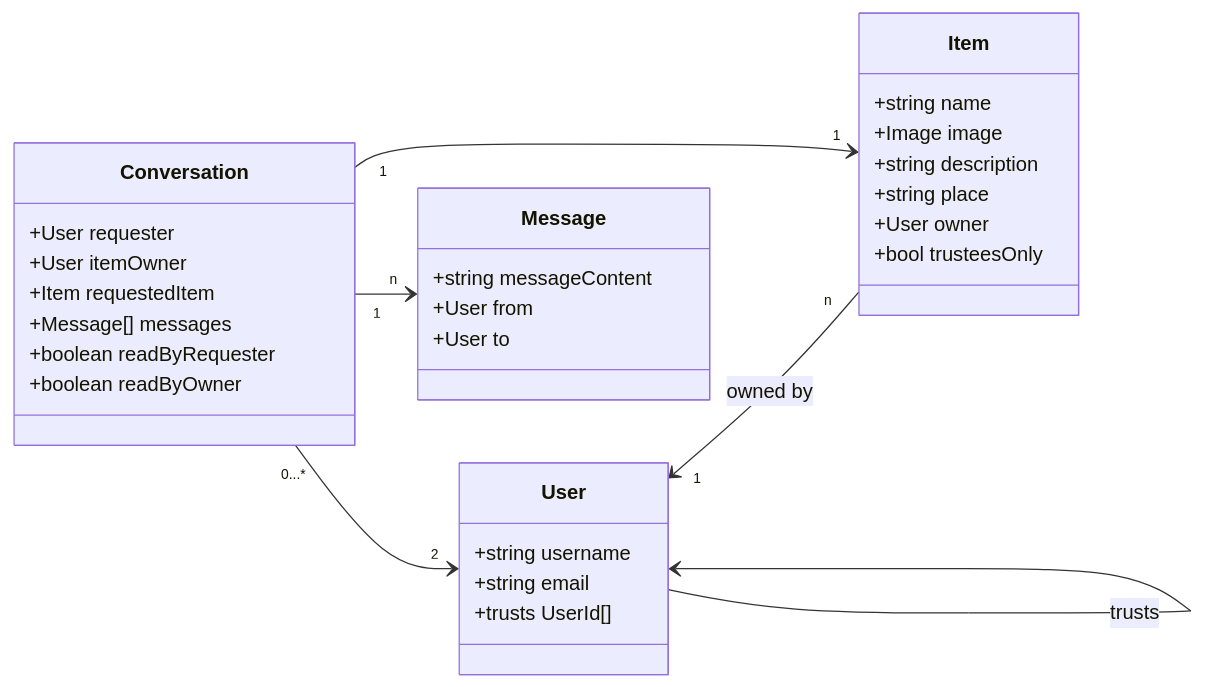
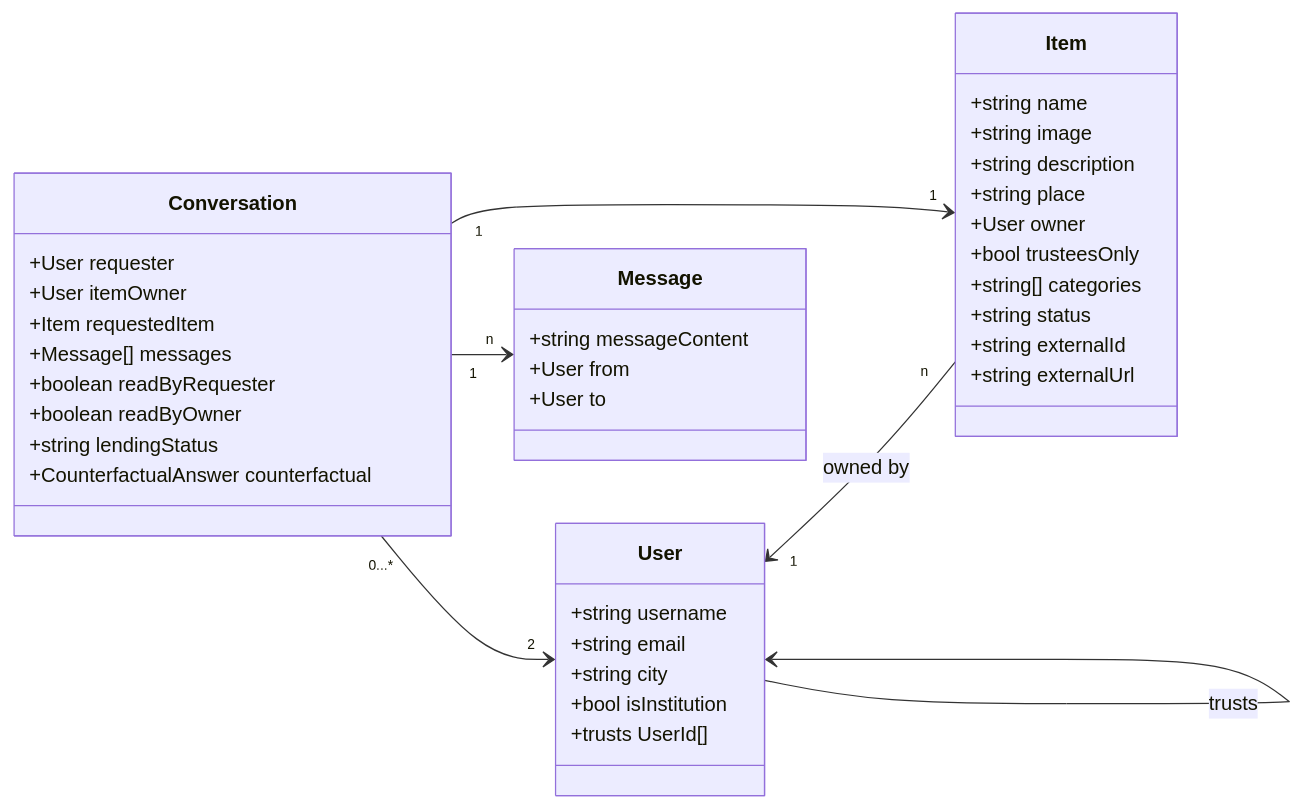
Before and after one commit to share-open-sharing-infrastructure/share-mvp: the first of 2 diagrams in docs/domain-model.md, drawn with Mermaid. The commit also changed other lines of this file and 5 other files, not shown here.

````diff
--- a/docs/domain-model.md
+++ b/docs/domain-model.md
@@ -9,40 +9,48 @@
 ```mermaid
 
 classDiagram
     direction LR
 
     class User{
         +string username
         +string email
+        +string city
+        +bool isInstitution
         +trusts UserId[]
     }
     User --> User : trusts
 
     class Item{
         +string name
-        +Image image
+        +string image
         +string description
         +string place
-        +User owner <!-- this is currently misnamed, have to adapt in DB and then in code -->
+        +User owner
         +bool trusteesOnly
+        +string[] categories
+        +string status
+        +string externalId
+        +string externalUrl
     }
     User "1" <-- "n" Item : owned by
 
     class Message{
         +string messageContent
         +User from
         +User to
     }
 
     class Conversation{
         +User requester
         +User itemOwner
         +Item requestedItem
         +Message[] messages
         +boolean readByRequester
         +boolean readByOwner
+        +string lendingStatus
+        +CounterfactualAnswer counterfactual
     }
     Conversation "1" --> "n" Message
     Conversation "0...*" --> "2" User
     Conversation "1" --> "1" Item
 ```
````
